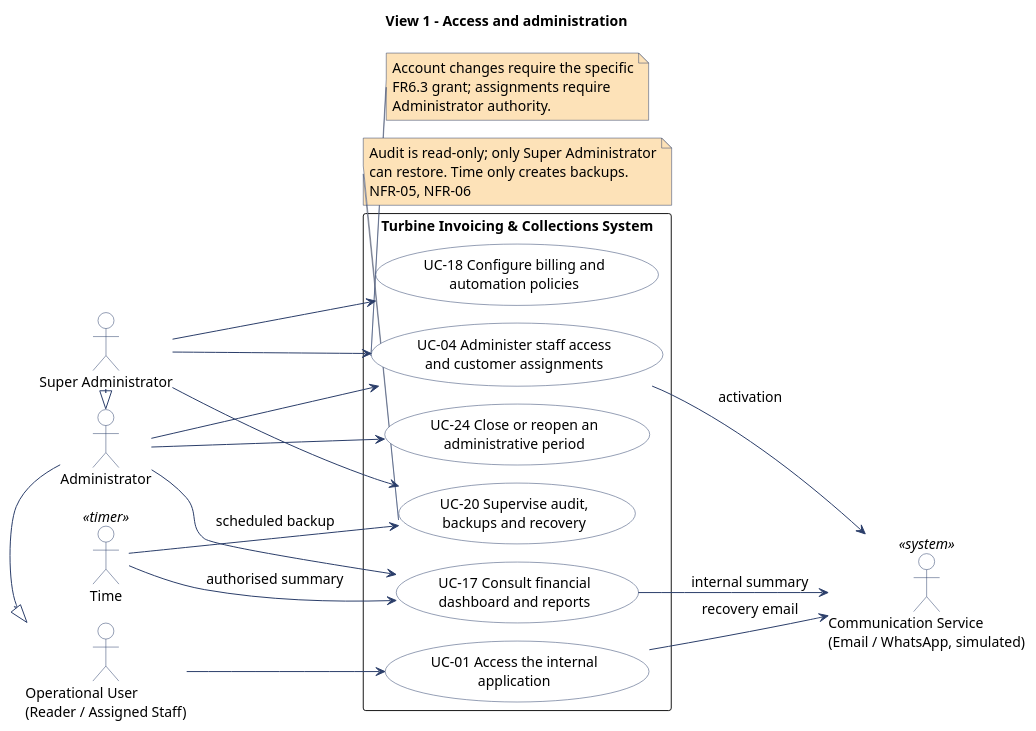
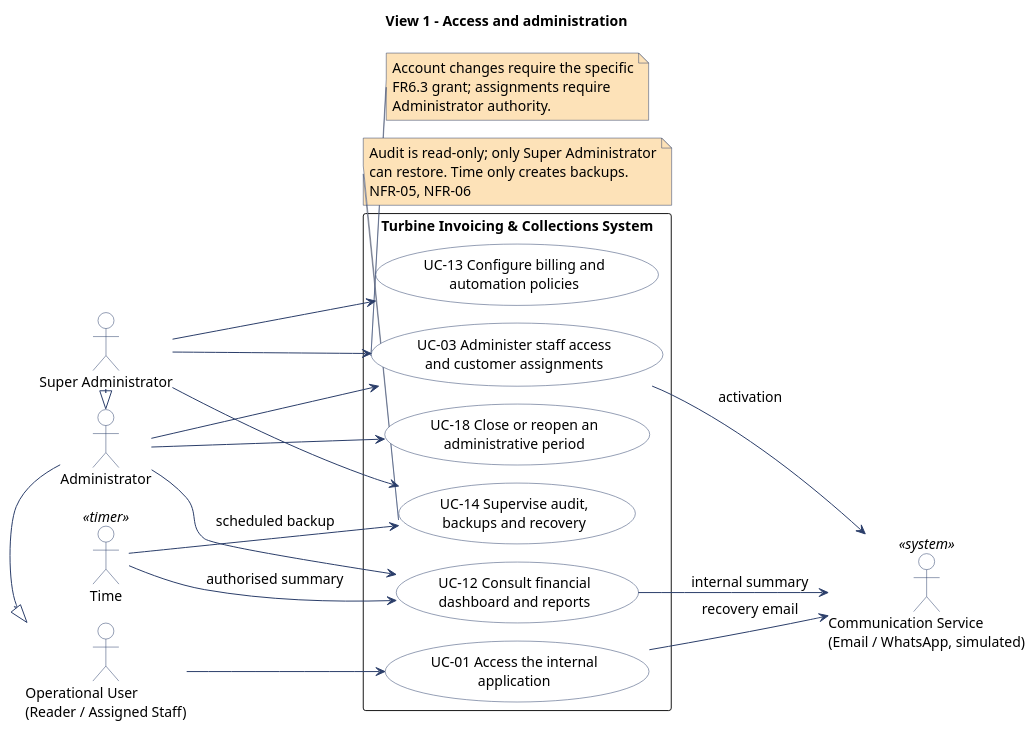
Before and after one commit to atrevete-adap/adap-project: the first of 4 diagrams in doc/src/use-case-diagram.pu, drawn with PlantUML. The commit also changed other lines of this file and 8 other files, not shown here.

```diff
--- a/doc/src/use-case-diagram.pu
+++ b/doc/src/use-case-diagram.pu
@@ -6,70 +6,70 @@
 @startuml use-case-diagram-1-administration
 !pragma layout smetana
 left to right direction
 skinparam shadowing false
 skinparam packageStyle rectangle
 skinparam defaultFontName SansSerif
 skinparam defaultFontSize 14
 skinparam backgroundColor #FFFFFF
 skinparam usecase {
   BackgroundColor #FFFFFF
   BorderColor #2B3E6A
   FontColor #000000
 }
 skinparam actor {
   BackgroundColor #FFFFFF
   BorderColor #2B3E6A
   FontColor #000000
 }
 skinparam note {
   BackgroundColor #FDE2B8
   BorderColor #2B3E6A
 }
 skinparam arrow {
   Color #2B3E6A
 }
 title View 1 - Access and administration
 
 actor "Operational User\n(Reader / Assigned Staff)" as OpUser
 actor "Administrator" as Admin
 actor "Super Administrator" as SuperAdmin
 actor "Time" as Time <<timer>>
 actor "Communication Service\n(Email / WhatsApp, simulated)" as CommSrv <<system>>
 
 rectangle "Turbine Invoicing & Collections System" {
   usecase "UC-01 Access the internal\napplication" as UC01
-  usecase "UC-04 Administer staff access\nand customer assignments" as UC04
-  usecase "UC-17 Consult financial\ndashboard and reports" as UC17
-  usecase "UC-18 Configure billing and\nautomation policies" as UC18
-  usecase "UC-20 Supervise audit,\nbackups and recovery" as UC20
-  usecase "UC-24 Close or reopen an\nadministrative period" as UC24
+  usecase "UC-03 Administer staff access\nand customer assignments" as UC03
+  usecase "UC-12 Consult financial\ndashboard and reports" as UC12
+  usecase "UC-13 Configure billing and\nautomation policies" as UC13
+  usecase "UC-14 Supervise audit,\nbackups and recovery" as UC14
+  usecase "UC-18 Close or reopen an\nadministrative period" as UC18
 }
 
 Admin -|> OpUser
 SuperAdmin -|> Admin
 OpUser --> UC01
-Admin --> UC04
-SuperAdmin --> UC04
-Admin --> UC17
-Admin --> UC24
-SuperAdmin --> UC18
-SuperAdmin --> UC20
-Time --> UC20 : scheduled backup
-Time --> UC17 : authorised summary
+Admin --> UC03
+SuperAdmin --> UC03
+Admin --> UC12
+Admin --> UC18
+SuperAdmin --> UC13
+SuperAdmin --> UC14
+Time --> UC14 : scheduled backup
+Time --> UC12 : authorised summary
 UC01 --> CommSrv : recovery email
-UC04 --> CommSrv : activation
-UC17 --> CommSrv : internal summary
+UC03 --> CommSrv : activation
+UC12 --> CommSrv : internal summary
 
-note bottom of UC04
+note bottom of UC03
   Account changes require the specific
   FR6.3 grant; assignments require
   Administrator authority.
 end note
 
-note bottom of UC20
+note bottom of UC14
   Audit is read-only; only Super Administrator
   can restore. Time only creates backups.
   NFR-05, NFR-06
 end note
 
 @enduml
```
